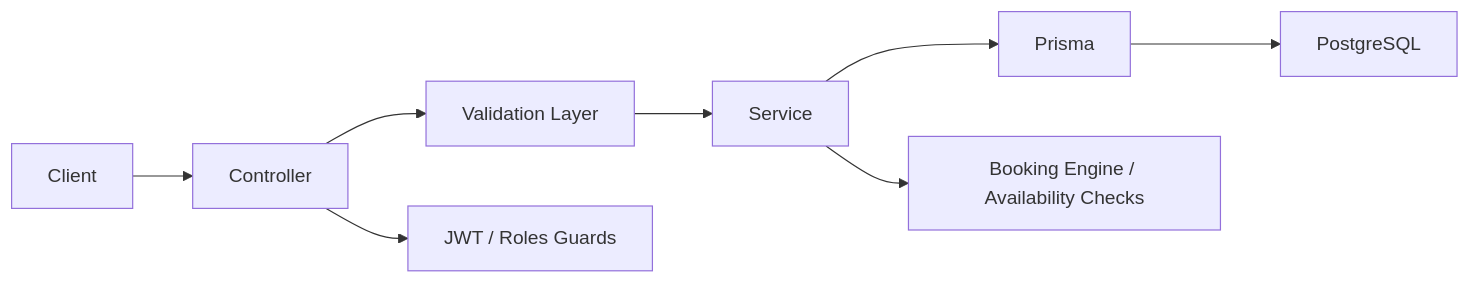
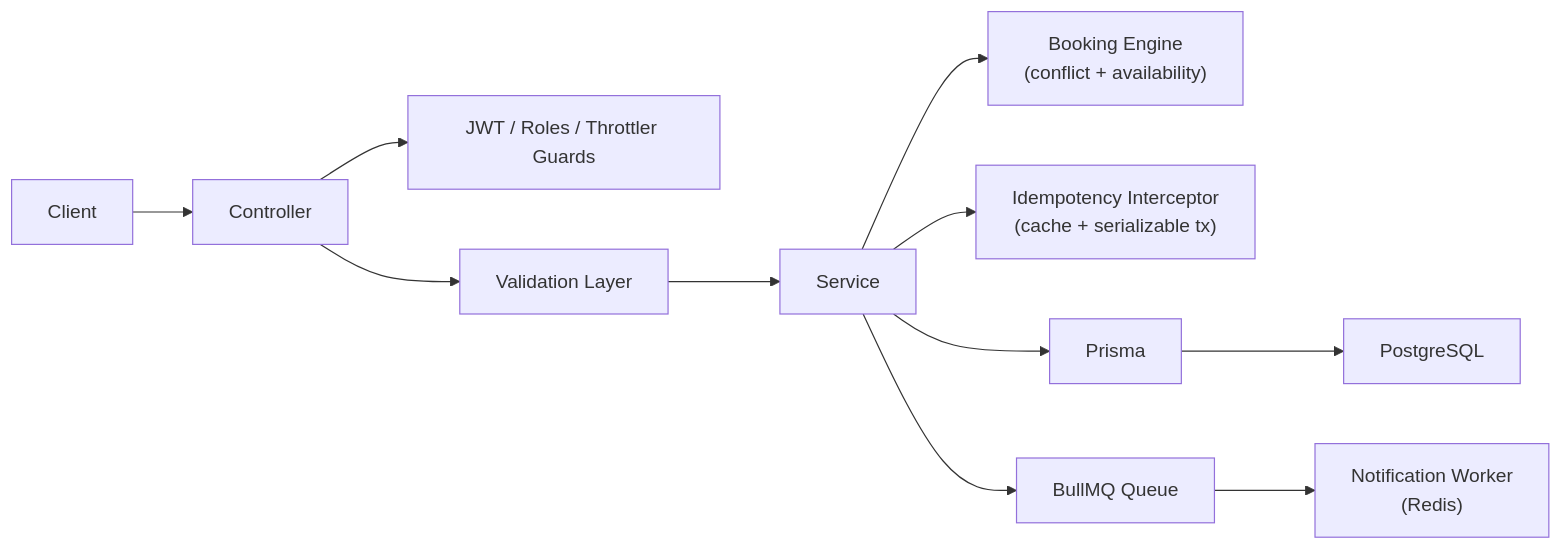
One commit to th-mhmn/schedulify changed the diagram in README.md. Above: the diagram before and after it, drawn with Mermaid. The commit also changed other lines of this file, not shown here.

````diff
--- a/README.md
+++ b/README.md
@@ -49,6 +53,12 @@
 ```mermaid
 flowchart LR
-Client --> Controller --> DTO[Validation Layer] --> Service --> Prisma --> PostgreSQL
-Service --> BusinessRules[Booking Engine / Availability Checks]
-Controller --> Guards[JWT / Roles Guards]
+  Client --> Controller
+  Controller --> Guards["JWT / Roles / Throttler Guards"]
+  Controller --> DTO["Validation Layer"]
+  DTO --> Service
+  Service --> BookingEngine["Booking Engine\n(conflict + availability)"]
+  Service --> Idempotency["Idempotency Interceptor\n(cache + serializable tx)"]
+  Service --> Prisma --> PostgreSQL
+  Service --> Queue["BullMQ Queue"]
+  Queue --> Worker["Notification Worker\n(Redis)"]
 ```
````
